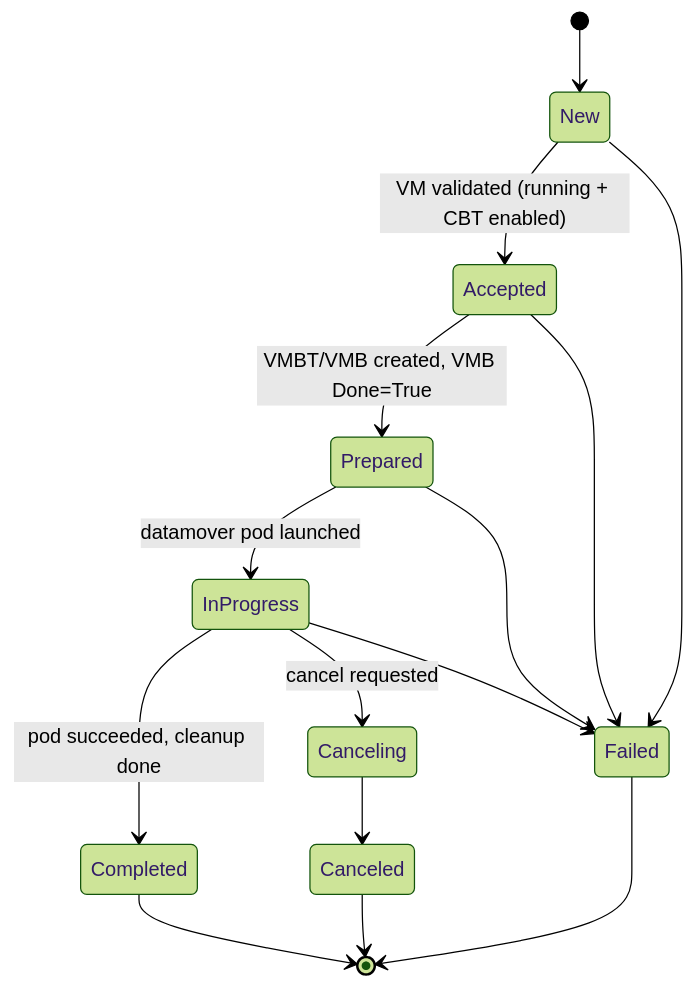
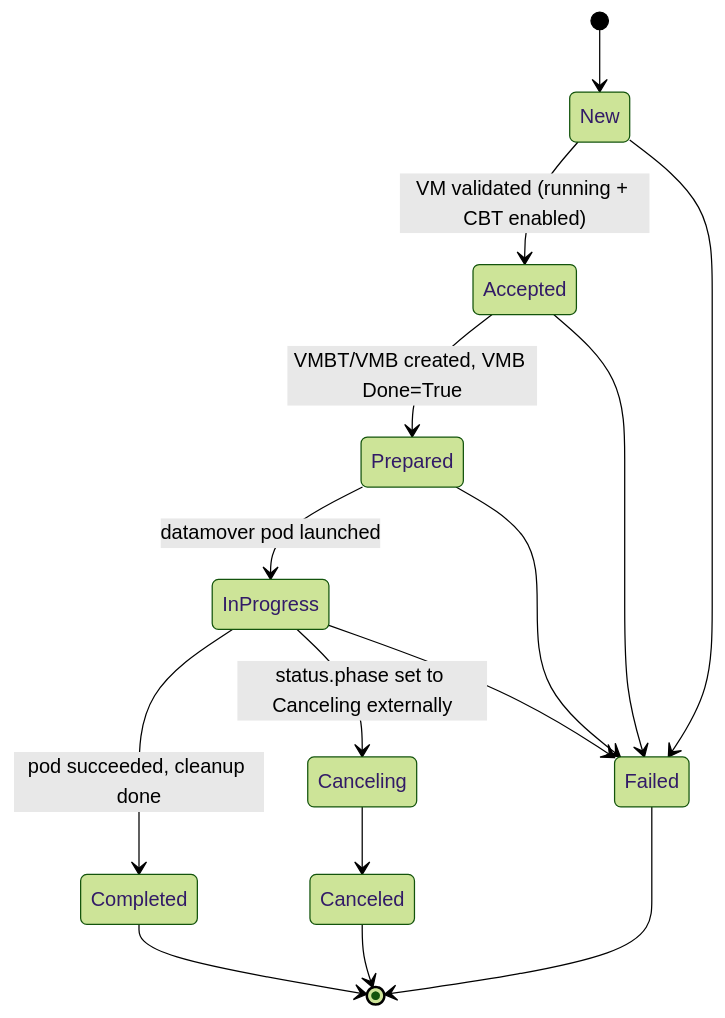
The first of 3 diagrams in docs/architecture.md (migtools/kubevirt-datamover-controller), drawn with Mermaid (forest theme) before and after one commit. The commit also changed other lines of this file and 1 other file, not shown here.

````diff
--- a/docs/architecture.md
+++ b/docs/architecture.md
@@ -55,17 +55,17 @@
 ```mermaid
 stateDiagram-v2
     [*] --> New
     New --> Accepted: VM validated (running + CBT enabled)
     Accepted --> Prepared: VMBT/VMB created, VMB Done=True
     Prepared --> InProgress: datamover pod launched
     InProgress --> Completed: pod succeeded, cleanup done
-    InProgress --> Canceling: cancel requested
+    InProgress --> Canceling: status.phase set to Canceling externally
     Canceling --> Canceled
     New --> Failed
     Accepted --> Failed
     Prepared --> Failed
     InProgress --> Failed
     Completed --> [*]
     Failed --> [*]
     Canceled --> [*]
 ```
````
